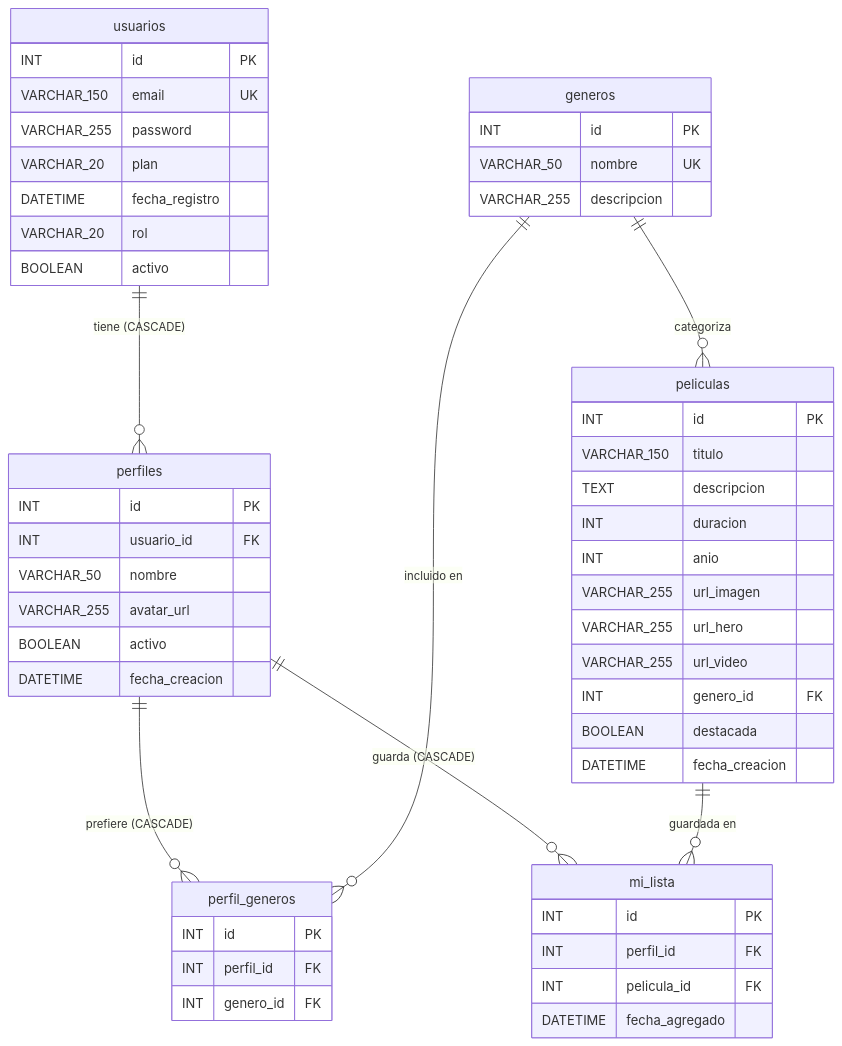
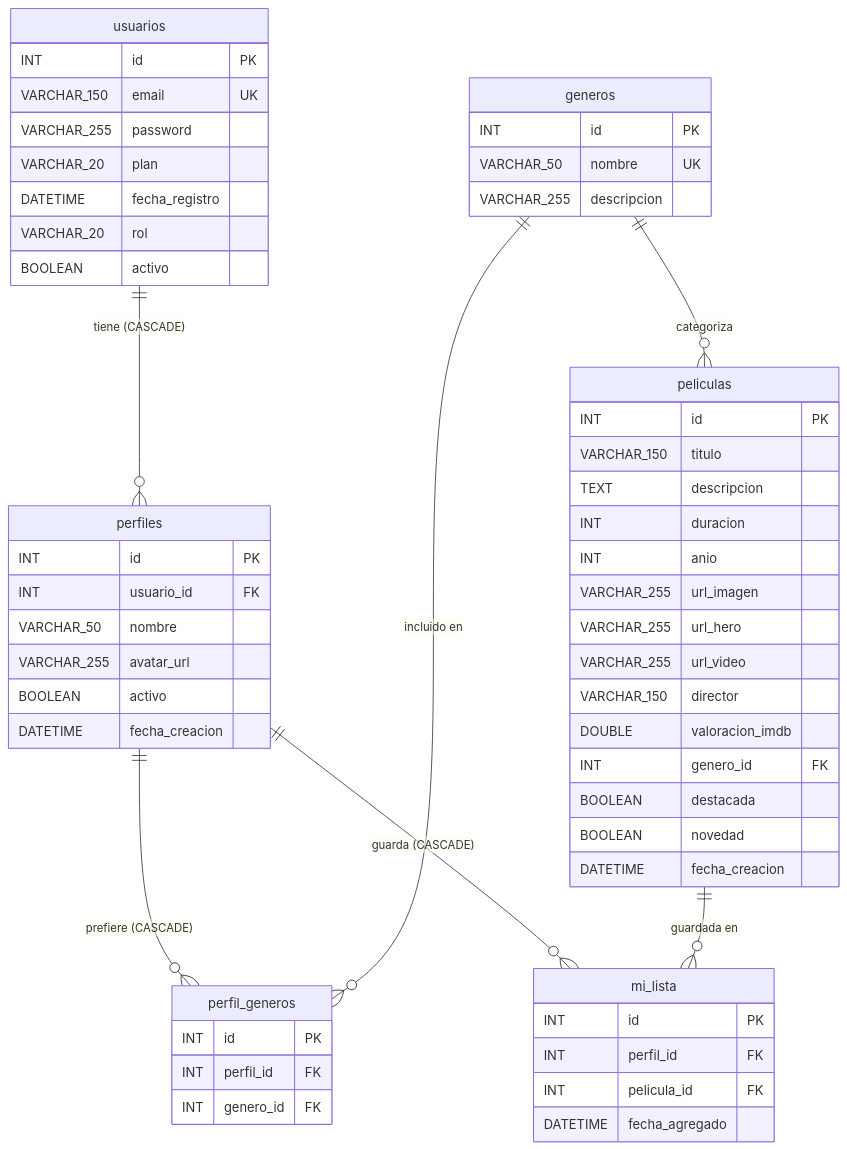
One commit to JRK11177YT/Cinetrack changed the diagram in docs/er/modelo-relacional.md. Above: the diagram before and after it, drawn with Mermaid. The commit also changed 7 other files, not shown here.

````diff
--- a/docs/er/modelo-relacional.md
+++ b/docs/er/modelo-relacional.md
@@ -5,61 +5,64 @@
 ```mermaid
 erDiagram
     usuarios {
         INT id PK
         VARCHAR_150 email UK
         VARCHAR_255 password
         VARCHAR_20 plan
         DATETIME fecha_registro
         VARCHAR_20 rol
         BOOLEAN activo
     }
 
     perfiles {
         INT id PK
         INT usuario_id FK
         VARCHAR_50 nombre
         VARCHAR_255 avatar_url
         BOOLEAN activo
         DATETIME fecha_creacion
     }
 
     generos {
         INT id PK
         VARCHAR_50 nombre UK
         VARCHAR_255 descripcion
     }
 
     peliculas {
         INT id PK
         VARCHAR_150 titulo
         TEXT descripcion
         INT duracion
         INT anio
         VARCHAR_255 url_imagen
         VARCHAR_255 url_hero
         VARCHAR_255 url_video
+        VARCHAR_150 director
+        DOUBLE valoracion_imdb
         INT genero_id FK
         BOOLEAN destacada
+        BOOLEAN novedad
         DATETIME fecha_creacion
     }
 
     perfil_generos {
         INT id PK
         INT perfil_id FK
         INT genero_id FK
     }
 
     mi_lista {
         INT id PK
         INT perfil_id FK
         INT pelicula_id FK
         DATETIME fecha_agregado
     }
 
     usuarios ||--o{ perfiles : "tiene (CASCADE)"
     generos ||--o{ peliculas : "categoriza"
     perfiles ||--o{ perfil_generos : "prefiere (CASCADE)"
     generos ||--o{ perfil_generos : "incluido en"
     perfiles ||--o{ mi_lista : "guarda (CASCADE)"
     peliculas ||--o{ mi_lista : "guardada en"
 ```
````
